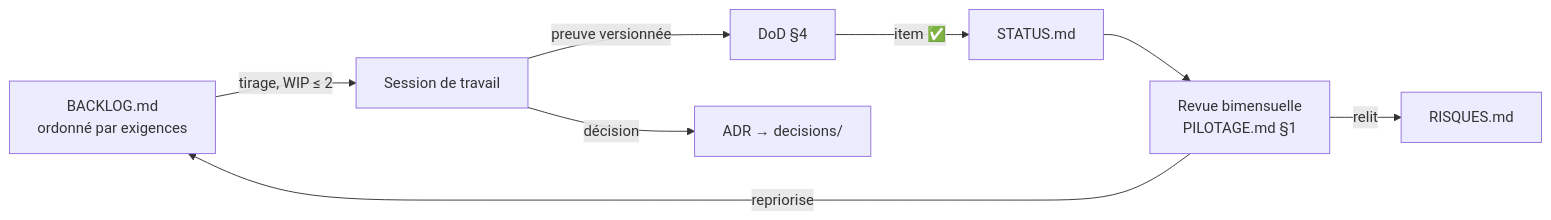
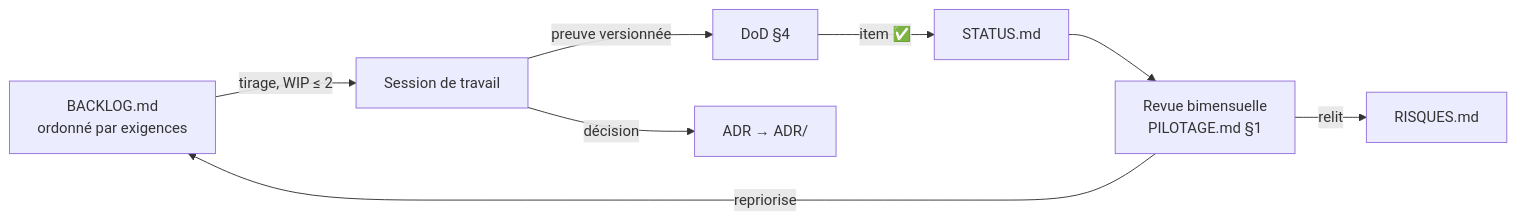
One commit to nmoutou/murphy changed the diagram in docs/product/HANDBOOK.md. Above: the diagram before and after it, drawn with Mermaid. The commit also changed other lines of this file and 18 other files, not shown here.

````diff
--- a/docs/product/HANDBOOK.md
+++ b/docs/product/HANDBOOK.md
@@ -94,10 +104,10 @@
 ```mermaid
 flowchart LR
     B[BACKLOG.md<br/>ordonné par exigences] -->|tirage, WIP ≤ 2| S[Session de travail]
     S -->|preuve versionnée| D[DoD §4]
     D -->|item ✅| ST[STATUS.md]
-    S -->|décision| A[ADR → decisions/]
+    S -->|décision| A[ADR → ADR/]
     R[Revue bimensuelle<br/>PILOTAGE.md §1] -->|repriorise| B
     R -->|relit| RQ[RISQUES.md]
     ST --> R
 ```
````
